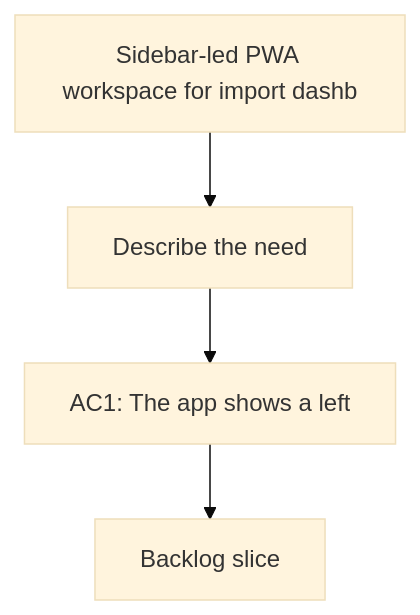
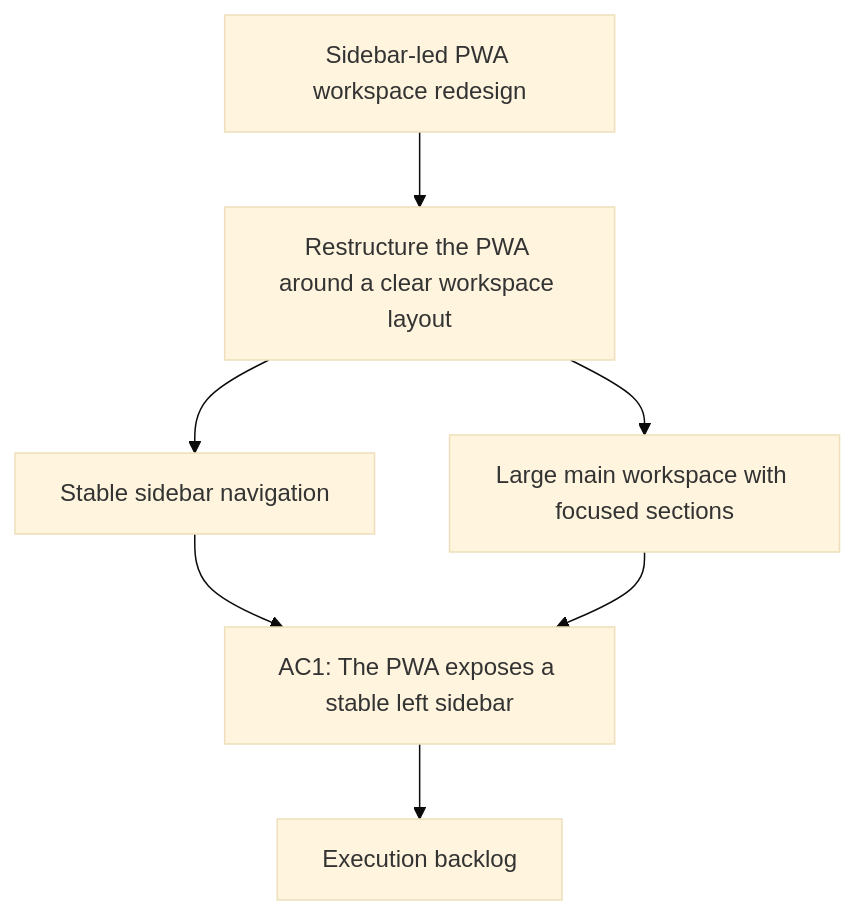
The diagram in logics/request/req_011_sidebar_led_pwa_workspace_for_import_dashboard_coach_terminal_and_settings.md (Jilanos/Coach_garmin), drawn with Mermaid (base theme) before and after one commit. The commit also changed other lines of this file and 15 other files, not shown here.

````diff
--- a/logics/request/req_011_sidebar_led_pwa_workspace_for_import_dashboard_coach_terminal_and_settings.md
+++ b/logics/request/req_011_sidebar_led_pwa_workspace_for_import_dashboard_coach_terminal_and_settings.md
@@ -54,8 +54,11 @@
 ```mermaid
 %% logics-kind: request
 %% logics-signature: request|sidebar-led-pwa-workspace-for-import-das|describe-the-need|ac1-the-app-shows-a-left
 flowchart TD
-    Trigger[Sidebar-led PWA workspace for import dashb] --> Need[Describe the need]
-    Need --> Outcome[AC1: The app shows a left]
-    Outcome --> Backlog[Backlog slice]
+    Trigger[Sidebar-led PWA workspace redesign] --> Need[Restructure the PWA around a clear workspace layout]
+    Need --> Sidebar[Stable sidebar navigation]
+    Need --> Workspace[Large main workspace with focused sections]
+    Sidebar --> Outcome[AC1: The PWA exposes a stable left sidebar]
+    Workspace --> Outcome
+    Outcome --> Backlog[Execution backlog]
 ```
````
